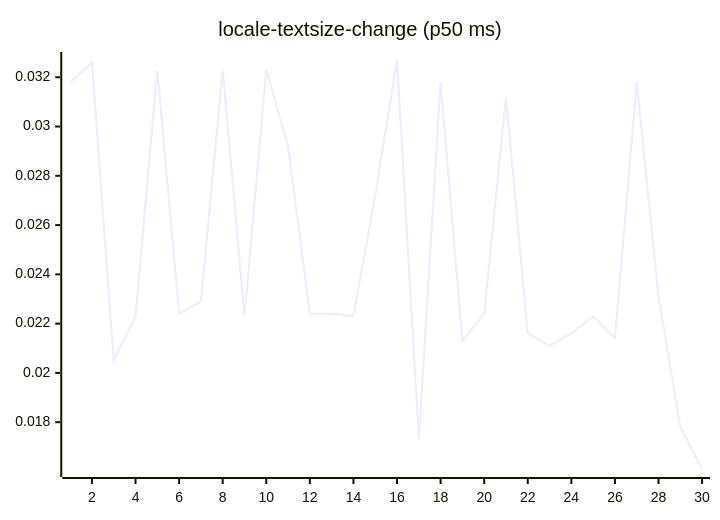
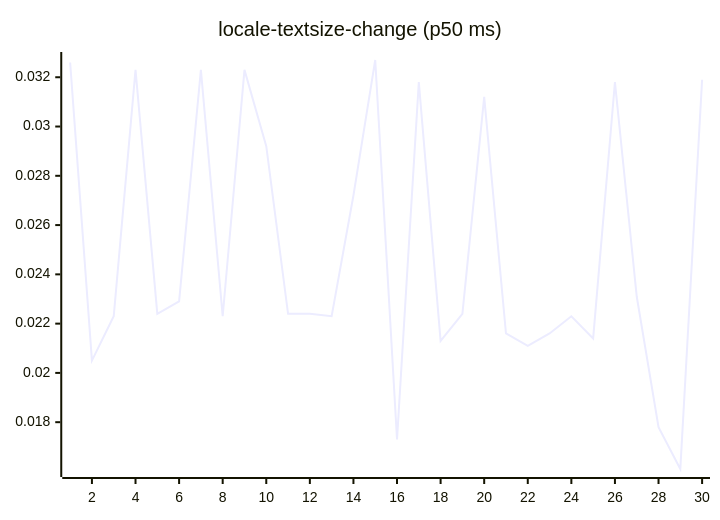
One commit to josha/Facet changed diagram 13 of 27 in README.md. Above: the diagram before and after it, drawn with Mermaid. The commit also changed other lines of this file and 2 other files, not shown here.

````diff
--- a/README.md
+++ b/README.md
@@ -147,6 +147,6 @@
 ```mermaid
 xychart-beta
     title "locale-textsize-change (p50 ms)"
     x-axis 1 --> 30
-    line [0.0318, 0.0326, 0.0205, 0.0223, 0.0323, 0.0224, 0.0229, 0.0323, 0.0223, 0.0323, 0.0292, 0.0224, 0.0224, 0.0223, 0.0272, 0.0327, 0.0173, 0.0318, 0.0213, 0.0224, 0.0312, 0.0216, 0.0211, 0.0216, 0.0223, 0.0214, 0.0318, 0.0231, 0.0178, 0.0161]
+    line [0.0326, 0.0205, 0.0223, 0.0323, 0.0224, 0.0229, 0.0323, 0.0223, 0.0323, 0.0292, 0.0224, 0.0224, 0.0223, 0.0272, 0.0327, 0.0173, 0.0318, 0.0213, 0.0224, 0.0312, 0.0216, 0.0211, 0.0216, 0.0223, 0.0214, 0.0318, 0.0231, 0.0178, 0.0161, 0.0319]
 ```
````
